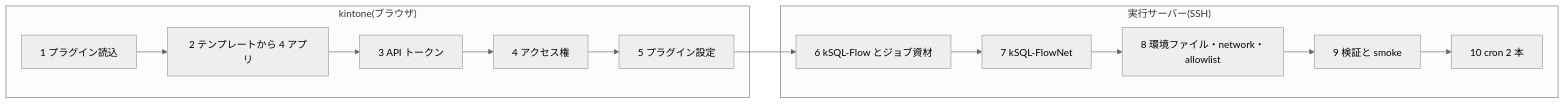
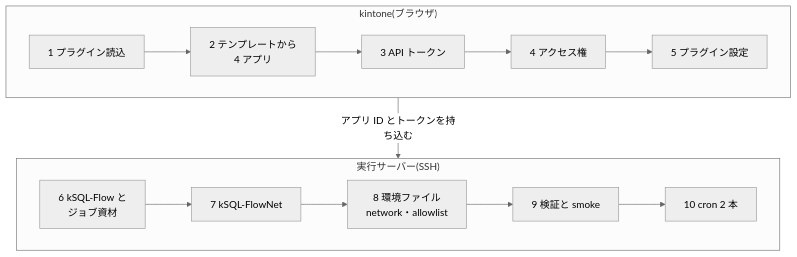
The diagram in docs/internal/qiita-draft-1.md (rex0220/ksql-flownet), drawn with Mermaid (neutral theme) before and after one commit.

Commit message:
docs: 第1回下書きの全体の流れ図を上下 2 段(kintone → サーバー)に変更、ラベルを 2 行に

````diff
--- a/docs/internal/qiita-draft-1.md
+++ b/docs/internal/qiita-draft-1.md
@@ -23,10 +23,12 @@
 ```mermaid
-flowchart LR
+flowchart TB
   subgraph K["kintone(ブラウザ)"]
-    K1["1 プラグイン読込"] --> K2["2 テンプレートから 4 アプリ"] --> K3["3 API トークン"] --> K4["4 アクセス権"] --> K5["5 プラグイン設定"]
+    direction LR
+    K1["1 プラグイン読込"] --> K2["2 テンプレートから<br>4 アプリ"] --> K3["3 API トークン"] --> K4["4 アクセス権"] --> K5["5 プラグイン設定"]
   end
   subgraph S["実行サーバー(SSH)"]
-    S1["6 kSQL-Flow とジョブ資材"] --> S2["7 kSQL-FlowNet"] --> S3["8 環境ファイル・network・allowlist"] --> S4["9 検証と smoke"] --> S5["10 cron 2 本"]
+    direction LR
+    S1["6 kSQL-Flow と<br>ジョブ資材"] --> S2["7 kSQL-FlowNet"] --> S3["8 環境ファイル<br>network・allowlist"] --> S4["9 検証と smoke"] --> S5["10 cron 2 本"]
   end
-  K5 --> S1
+  K -->|"アプリ ID とトークンを持ち込む"| S
 ```
````
